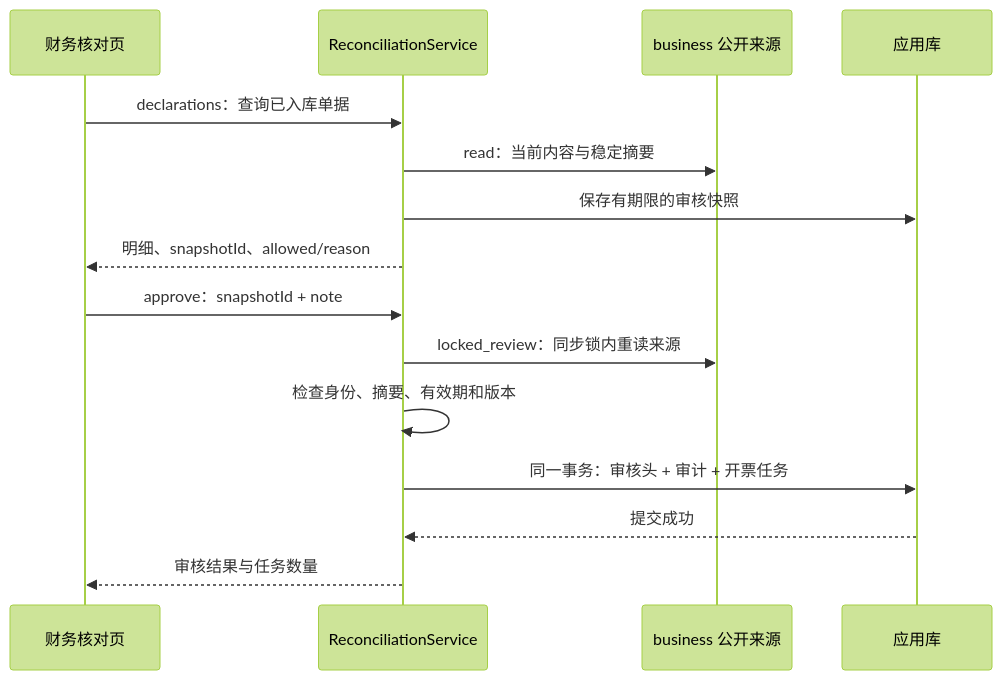
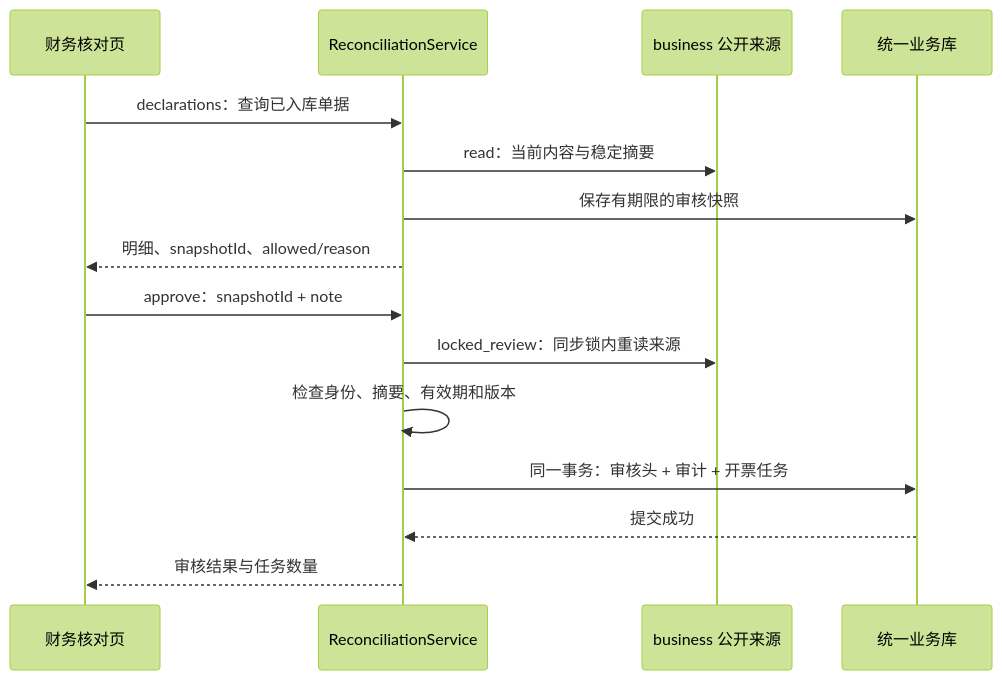
The fourth of 4 diagrams in docs/system-chain.md (chen151393-pixel/financial-Invoice-system), drawn with Mermaid (forest theme) before and after one commit. The commit also changed other lines of this file and 56 other files, not shown here.

````diff
--- a/docs/system-chain.md
+++ b/docs/system-chain.md
@@ -172,17 +172,17 @@
 ```mermaid
 sequenceDiagram
     participant UI as 财务核对页
     participant R as ReconciliationService
     participant B as business 公开来源
-    participant DB as 应用库
+    participant DB as 统一业务库
     UI->>R: declarations：查询已入库单据
     R->>B: read：当前内容与稳定摘要
     R->>DB: 保存有期限的审核快照
     R-->>UI: 明细、snapshotId、allowed/reason
     UI->>R: approve：snapshotId + note
     R->>B: locked_review：同步锁内重读来源
     R->>R: 检查身份、摘要、有效期和版本
     R->>DB: 同一事务：审核头 + 审计 + 开票任务
     DB-->>R: 提交成功
     R-->>UI: 审核结果与任务数量
 ```
````
